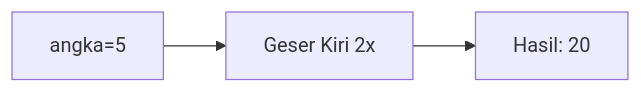
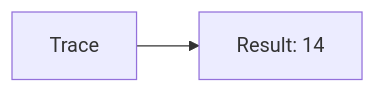
Before and after one commit to amnahwaida/OSNK_INF_PREP: diagram 18 of 25 in part-c-pemahaman-cpp/06-bitwise/latihan/set-01.md, drawn with Mermaid. The commit also changed other lines of this file and 71 other files, not shown here.

````diff
--- a/part-c-pemahaman-cpp/06-bitwise/latihan/set-01.md
+++ b/part-c-pemahaman-cpp/06-bitwise/latihan/set-01.md
@@ -488,5 +379,4 @@
 ```mermaid
 graph LR
-A["angka=5"] --> B["Geser Kiri 2x"]
-B --> C["Hasil: 20"]
+A[Trace] --> B[Result: 14]
 ```
````
